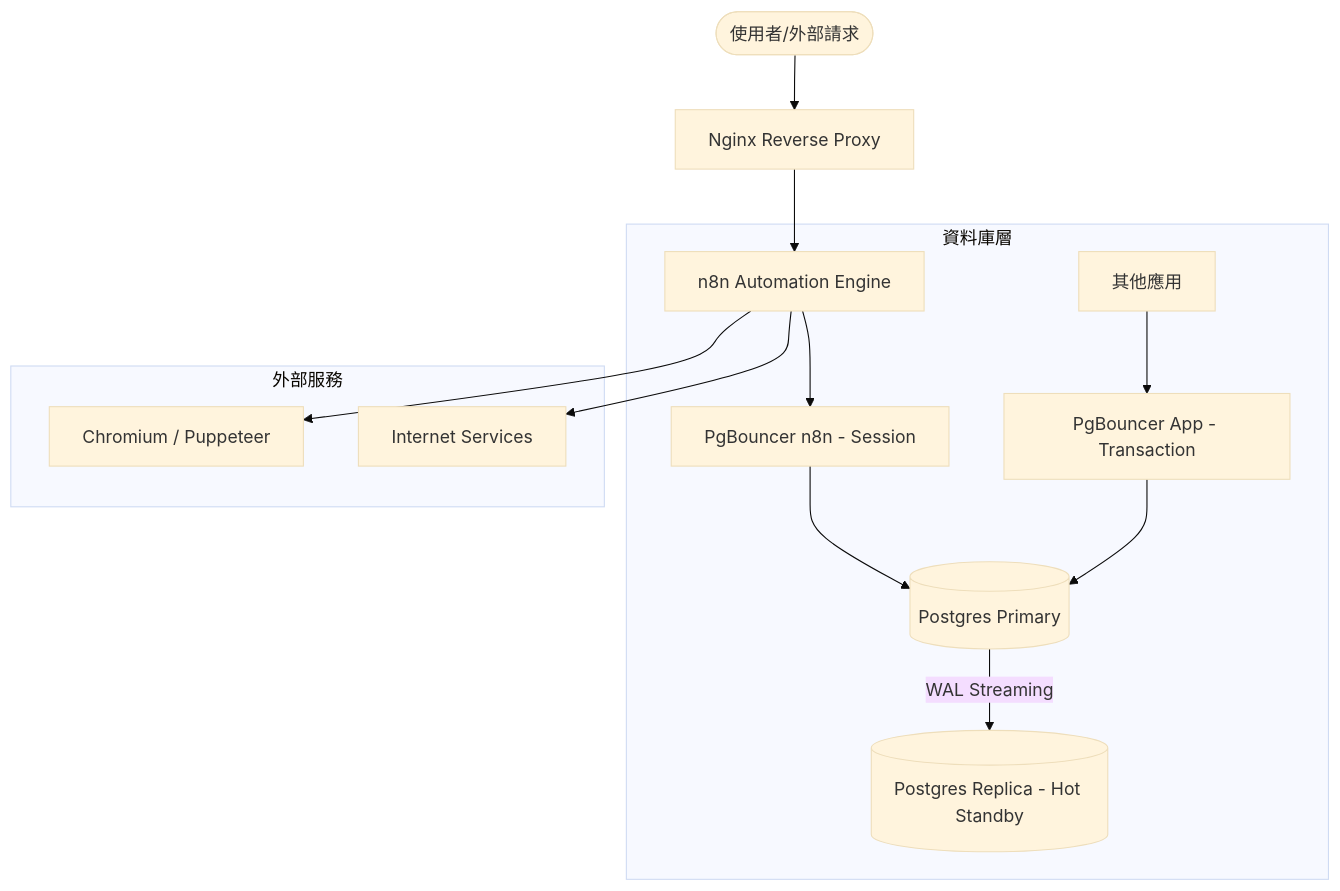
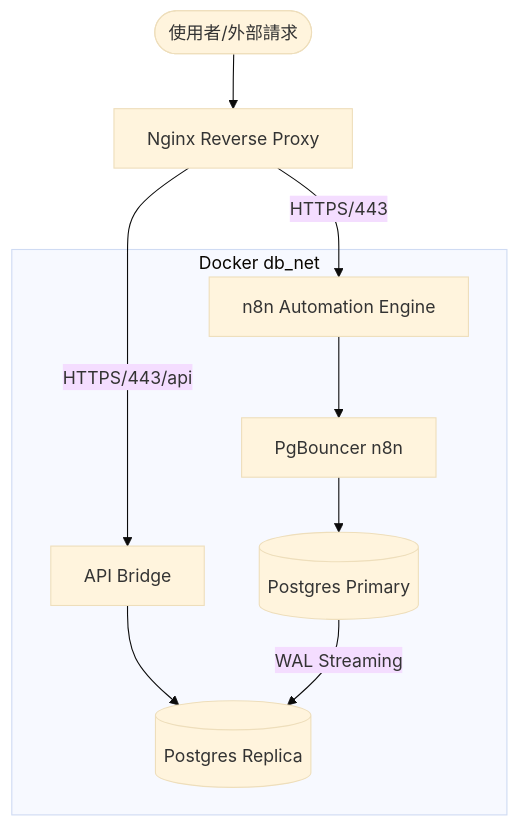
One commit to cosmic1330/n8n-postgres-docker-compose changed the diagram in memory-docs/architecture.md. Above: the diagram before and after it, drawn with Mermaid (base theme). The commit also changed other lines of this file and 12 other files, not shown here.

````diff
--- a/memory-docs/architecture.md
+++ b/memory-docs/architecture.md
@@ -7,20 +7,15 @@
 ```mermaid
 graph TD
     User([使用者/外部請求]) --> Nginx[Nginx Reverse Proxy]
-    Nginx --> n8n[n8n Automation Engine]
+    Nginx -- HTTPS/443 --> n8n[n8n Automation Engine]
+    Nginx -- HTTPS/443/api --> APIB[API Bridge]
 
-    subgraph Database_Layer [資料庫層]
-        n8n --> pgb_n8n[PgBouncer n8n - Session]
-        App[其他應用] --> pgb_app[PgBouncer App - Transaction]
+    subgraph Internal_Network [Docker db_net]
+        APIB --> DB_Replica[(Postgres Replica)]
 
+        n8n --> pgb_n8n[PgBouncer n8n]
         pgb_n8n --> DB_Primary[(Postgres Primary)]
-        pgb_app --> DB_Primary
 
-        DB_Primary -- WAL Streaming --> DB_Replica[(Postgres Replica - Hot Standby)]
-    end
-
-    subgraph External_Services [外部服務]
-        n8n --> Chrome[Chromium / Puppeteer]
-        n8n --> Internet[Internet Services]
+        DB_Primary -- WAL Streaming --> DB_Replica
     end
 ```
````
